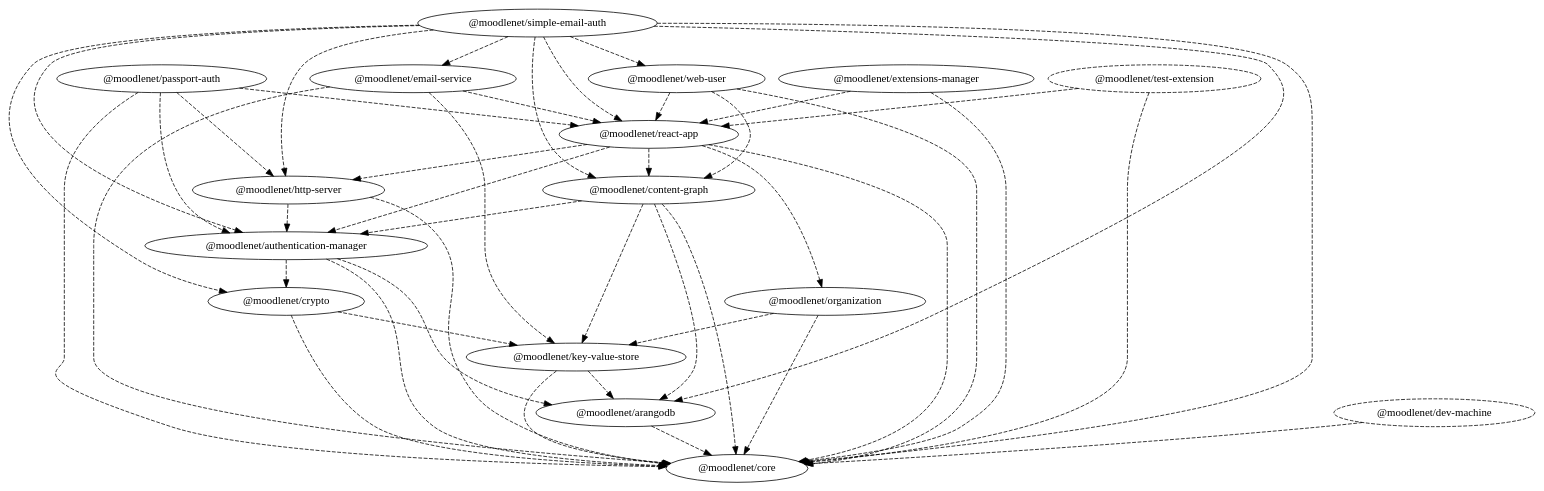
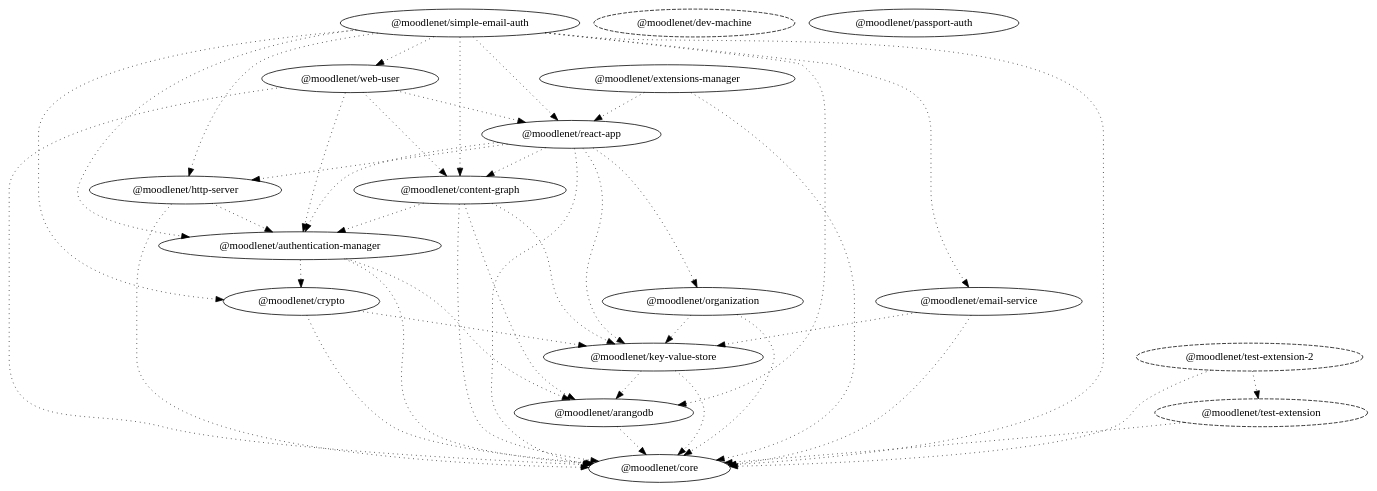
The diagram in dependency-graph.dot (moodle/moodlenet), drawn with Graphviz before and after one commit. The commit also changed 6 other files, not shown here.

```diff
--- a/dependency-graph.dot
+++ b/dependency-graph.dot
@@ -1,63 +1,61 @@
 digraph G {
   "@moodlenet/arangodb";
   "@moodlenet/core";
   "@moodlenet/authentication-manager";
   "@moodlenet/crypto";
   "@moodlenet/content-graph";
   "@moodlenet/key-value-store";
   "@moodlenet/dev-machine" [ style = "dashed" ];
   "@moodlenet/email-service";
+  "@moodlenet/extensions-manager";
   "@moodlenet/react-app";
-  "@moodlenet/extensions-manager";
   "@moodlenet/http-server";
   "@moodlenet/organization";
   "@moodlenet/passport-auth";
   "@moodlenet/simple-email-auth";
   "@moodlenet/web-user";
+  "@moodlenet/test-extension-2" [ style = "dashed" ];
   "@moodlenet/test-extension" [ style = "dashed" ];
-  "@moodlenet/arangodb" -> "@moodlenet/core" [ style = "dashed" ];
-  "@moodlenet/authentication-manager" -> "@moodlenet/arangodb" [ style = "dashed" ];
-  "@moodlenet/authentication-manager" -> "@moodlenet/core" [ style = "dashed" ];
-  "@moodlenet/authentication-manager" -> "@moodlenet/crypto" [ style = "dashed" ];
-  "@moodlenet/content-graph" -> "@moodlenet/arangodb" [ style = "dashed" ];
-  "@moodlenet/content-graph" -> "@moodlenet/authentication-manager" [ style = "dashed" ];
-  "@moodlenet/content-graph" -> "@moodlenet/core" [ style = "dashed" ];
-  "@moodlenet/content-graph" -> "@moodlenet/key-value-store" [ style = "dashed" ];
-  "@moodlenet/crypto" -> "@moodlenet/core" [ style = "dashed" ];
-  "@moodlenet/crypto" -> "@moodlenet/key-value-store" [ style = "dashed" ];
-  "@moodlenet/dev-machine" -> "@moodlenet/core" [ style = "dashed" ];
-  "@moodlenet/email-service" -> "@moodlenet/core" [ style = "dashed" ];
-  "@moodlenet/email-service" -> "@moodlenet/key-value-store" [ style = "dashed" ];
-  "@moodlenet/email-service" -> "@moodlenet/react-app" [ style = "dashed" ];
-  "@moodlenet/extensions-manager" -> "@moodlenet/core" [ style = "dashed" ];
-  "@moodlenet/extensions-manager" -> "@moodlenet/react-app" [ style = "dashed" ];
-  "@moodlenet/http-server" -> "@moodlenet/authentication-manager" [ style = "dashed" ];
-  "@moodlenet/http-server" -> "@moodlenet/core" [ style = "dashed" ];
-  "@moodlenet/key-value-store" -> "@moodlenet/arangodb" [ style = "dashed" ];
-  "@moodlenet/key-value-store" -> "@moodlenet/core" [ style = "dashed" ];
-  "@moodlenet/organization" -> "@moodlenet/core" [ style = "dashed" ];
-  "@moodlenet/organization" -> "@moodlenet/key-value-store" [ style = "dashed" ];
-  "@moodlenet/passport-auth" -> "@moodlenet/authentication-manager" [ style = "dashed" ];
-  "@moodlenet/passport-auth" -> "@moodlenet/core" [ style = "dashed" ];
-  "@moodlenet/passport-auth" -> "@moodlenet/http-server" [ style = "dashed" ];
-  "@moodlenet/passport-auth" -> "@moodlenet/react-app" [ style = "dashed" ];
-  "@moodlenet/react-app" -> "@moodlenet/authentication-manager" [ style = "dashed" ];
-  "@moodlenet/react-app" -> "@moodlenet/content-graph" [ style = "dashed" ];
-  "@moodlenet/react-app" -> "@moodlenet/core" [ style = "dashed" ];
-  "@moodlenet/react-app" -> "@moodlenet/http-server" [ style = "dashed" ];
-  "@moodlenet/react-app" -> "@moodlenet/organization" [ style = "dashed" ];
-  "@moodlenet/simple-email-auth" -> "@moodlenet/arangodb" [ style = "dashed" ];
-  "@moodlenet/simple-email-auth" -> "@moodlenet/authentication-manager" [ style = "dashed" ];
-  "@moodlenet/simple-email-auth" -> "@moodlenet/content-graph" [ style = "dashed" ];
-  "@moodlenet/simple-email-auth" -> "@moodlenet/core" [ style = "dashed" ];
-  "@moodlenet/simple-email-auth" -> "@moodlenet/crypto" [ style = "dashed" ];
-  "@moodlenet/simple-email-auth" -> "@moodlenet/email-service" [ style = "dashed" ];
-  "@moodlenet/simple-email-auth" -> "@moodlenet/http-server" [ style = "dashed" ];
-  "@moodlenet/simple-email-auth" -> "@moodlenet/react-app" [ style = "dashed" ];
-  "@moodlenet/simple-email-auth" -> "@moodlenet/web-user" [ style = "dashed" ];
-  "@moodlenet/test-extension" -> "@moodlenet/core" [ style = "dashed" ];
-  "@moodlenet/test-extension" -> "@moodlenet/react-app" [ style = "dashed" ];
-  "@moodlenet/web-user" -> "@moodlenet/content-graph" [ style = "dashed" ];
-  "@moodlenet/web-user" -> "@moodlenet/core" [ style = "dashed" ];
-  "@moodlenet/web-user" -> "@moodlenet/react-app" [ style = "dashed" ];
+  "@moodlenet/arangodb" -> "@moodlenet/core" [ style = "dotted" ];
+  "@moodlenet/authentication-manager" -> "@moodlenet/arangodb" [ style = "dotted" ];
+  "@moodlenet/authentication-manager" -> "@moodlenet/core" [ style = "dotted" ];
+  "@moodlenet/authentication-manager" -> "@moodlenet/crypto" [ style = "dotted" ];
+  "@moodlenet/content-graph" -> "@moodlenet/arangodb" [ style = "dotted" ];
+  "@moodlenet/content-graph" -> "@moodlenet/authentication-manager" [ style = "dotted" ];
+  "@moodlenet/content-graph" -> "@moodlenet/core" [ style = "dotted" ];
+  "@moodlenet/content-graph" -> "@moodlenet/key-value-store" [ style = "dotted" ];
+  "@moodlenet/crypto" -> "@moodlenet/core" [ style = "dotted" ];
+  "@moodlenet/crypto" -> "@moodlenet/key-value-store" [ style = "dotted" ];
+  "@moodlenet/email-service" -> "@moodlenet/core" [ style = "dotted" ];
+  "@moodlenet/email-service" -> "@moodlenet/key-value-store" [ style = "dotted" ];
+  "@moodlenet/extensions-manager" -> "@moodlenet/core" [ style = "dotted" ];
+  "@moodlenet/extensions-manager" -> "@moodlenet/react-app" [ style = "dotted" ];
+  "@moodlenet/http-server" -> "@moodlenet/authentication-manager" [ style = "dotted" ];
+  "@moodlenet/http-server" -> "@moodlenet/core" [ style = "dotted" ];
+  "@moodlenet/key-value-store" -> "@moodlenet/arangodb" [ style = "dotted" ];
+  "@moodlenet/key-value-store" -> "@moodlenet/core" [ style = "dotted" ];
+  "@moodlenet/organization" -> "@moodlenet/core" [ style = "dotted" ];
+  "@moodlenet/organization" -> "@moodlenet/key-value-store" [ style = "dotted" ];
+  "@moodlenet/react-app" -> "@moodlenet/authentication-manager" [ style = "dotted" ];
+  "@moodlenet/react-app" -> "@moodlenet/content-graph" [ style = "dotted" ];
+  "@moodlenet/react-app" -> "@moodlenet/core" [ style = "dotted" ];
+  "@moodlenet/react-app" -> "@moodlenet/http-server" [ style = "dotted" ];
+  "@moodlenet/react-app" -> "@moodlenet/key-value-store" [ style = "dotted" ];
+  "@moodlenet/react-app" -> "@moodlenet/organization" [ style = "dotted" ];
+  "@moodlenet/simple-email-auth" -> "@moodlenet/arangodb" [ style = "dotted" ];
+  "@moodlenet/simple-email-auth" -> "@moodlenet/authentication-manager" [ style = "dotted" ];
+  "@moodlenet/simple-email-auth" -> "@moodlenet/content-graph" [ style = "dotted" ];
+  "@moodlenet/simple-email-auth" -> "@moodlenet/core" [ style = "dotted" ];
+  "@moodlenet/simple-email-auth" -> "@moodlenet/crypto" [ style = "dotted" ];
+  "@moodlenet/simple-email-auth" -> "@moodlenet/email-service" [ style = "dotted" ];
+  "@moodlenet/simple-email-auth" -> "@moodlenet/http-server" [ style = "dotted" ];
+  "@moodlenet/simple-email-auth" -> "@moodlenet/react-app" [ style = "dotted" ];
+  "@moodlenet/simple-email-auth" -> "@moodlenet/web-user" [ style = "dotted" ];
+  "@moodlenet/test-extension-2" -> "@moodlenet/core" [ style = "dotted" ];
+  "@moodlenet/test-extension-2" -> "@moodlenet/test-extension" [ style = "dotted" ];
+  "@moodlenet/test-extension" -> "@moodlenet/core" [ style = "dotted" ];
+  "@moodlenet/web-user" -> "@moodlenet/authentication-manager" [ style = "dotted" ];
+  "@moodlenet/web-user" -> "@moodlenet/content-graph" [ style = "dotted" ];
+  "@moodlenet/web-user" -> "@moodlenet/core" [ style = "dotted" ];
+  "@moodlenet/web-user" -> "@moodlenet/react-app" [ style = "dotted" ];
 }
```
